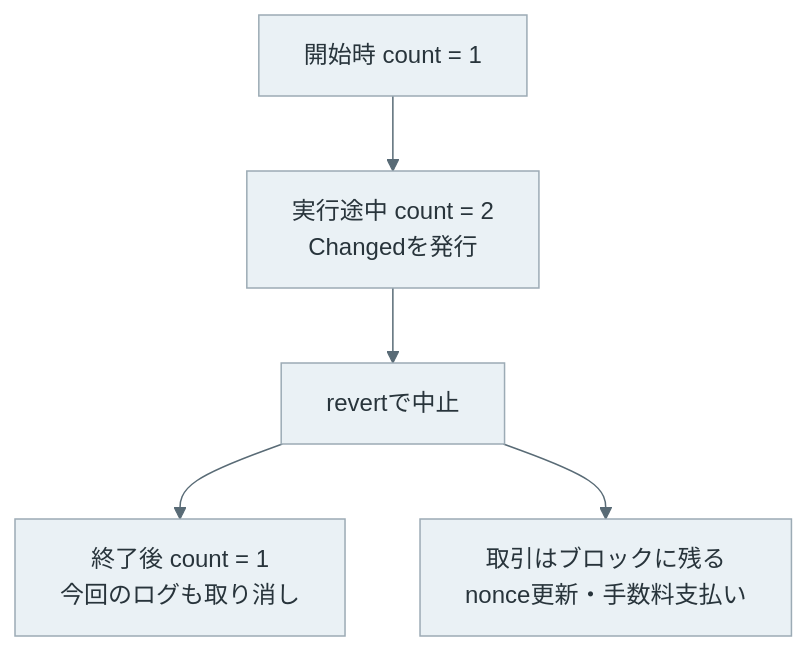
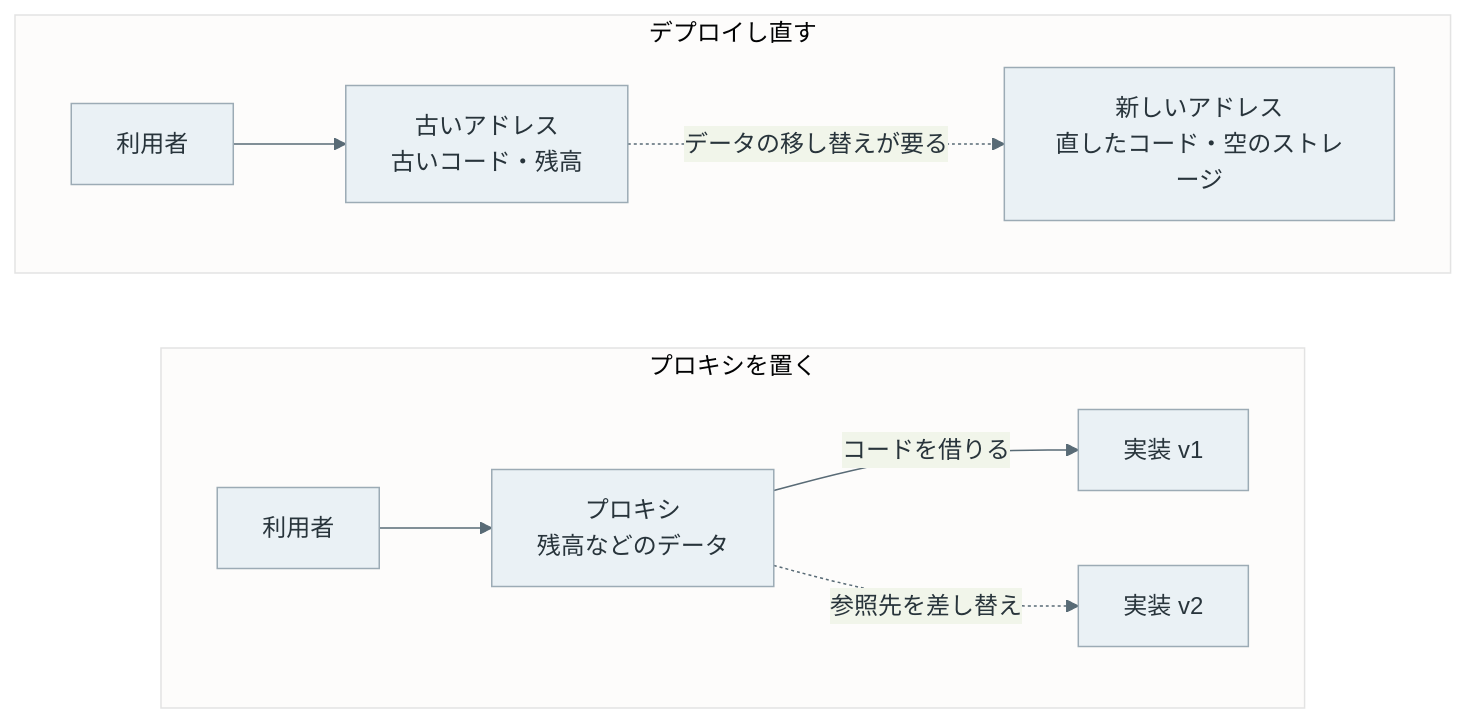
One commit to nao1215/debimate changed the fourth of 4 diagrams in content/notes/blockchain-systems/smart-contract/index.md. Above: the diagram before and after it, drawn with Mermaid. The commit also changed other lines of this file and 24 other files, not shown here.

````diff
--- a/content/notes/blockchain-systems/smart-contract/index.md
+++ b/content/notes/blockchain-systems/smart-contract/index.md
@@ -159,8 +343,17 @@
 ```mermaid
-%%{init: {"theme":"base","themeVariables":{"primaryColor":"#eaf1f5","primaryTextColor":"#28343b","primaryBorderColor":"#9cabb5","lineColor":"#596b76","textColor":"#28343b","actorBkg":"#eaf1f5","actorBorder":"#9cabb5","actorTextColor":"#28343b","signalColor":"#596b76","signalTextColor":"#28343b","noteBkgColor":"#f7f1e5","noteTextColor":"#403c32"}}}%%
-flowchart TD
-    S["開始時 count = 1"] --> W["実行途中 count = 2<br/>Changedを発行"]
-    W --> R["revertで中止"]
-    R --> D["終了後 count = 1<br/>今回のログも取り消し"]
-    R --> F["取引はブロックに残る<br/>nonce更新・手数料支払い"]
+%%{init: {"theme":"base","themeVariables":{"primaryColor":"#eaf1f5","primaryTextColor":"#28343b","primaryBorderColor":"#9cabb5","lineColor":"#596b76","textColor":"#28343b"}}}%%
+flowchart TB
+    subgraph R["デプロイし直す"]
+        direction LR
+        U1["利用者"] --> O1["古いアドレス<br/>古いコード・残高"]
+        O1 -.->|"データの移し替えが要る"| N1["新しいアドレス<br/>直したコード・空のストレージ"]
+    end
+    subgraph P["プロキシを置く"]
+        direction LR
+        U2["利用者"] --> X["プロキシ<br/>残高などのデータ"]
+        X -->|"コードを借りる"| I1["実装 v1"]
+        X -.->|"参照先を差し替え"| I2["実装 v2"]
+    end
+    R ~~~ P
+    classDef default fill:#eaf1f5,stroke:#9cabb5,color:#28343b;
 ```
````
